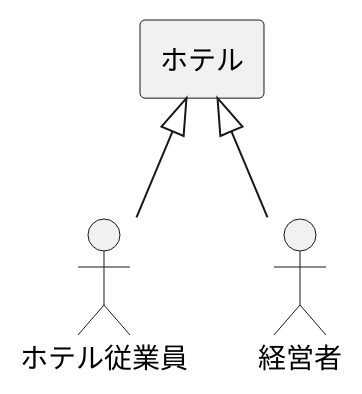
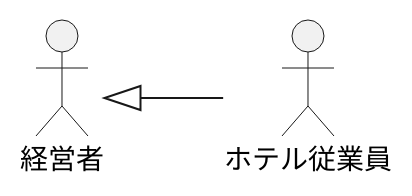
One commit to useruser0123/uml-introduction changed the diagram in 演習2-2_ホテル従業員.pu. Above: the diagram before and after it, drawn with PlantUML.

Commit message:
演習2-2

```diff
--- a/演習2-2_ホテル従業員.pu
+++ b/演習2-2_ホテル従業員.pu
@@ -1,10 +1,8 @@
 @startuml ホテル従業員
-' left to right direction
+ left to right direction
 actor ホテル従業員
 actor 経営者
-rectangle ホテル {
 
-}
-ホテル <|-- ホテル従業員
-ホテル <|-- 経営者
+経営者 <|-- ホテル従業員
+
 @enduml
```
